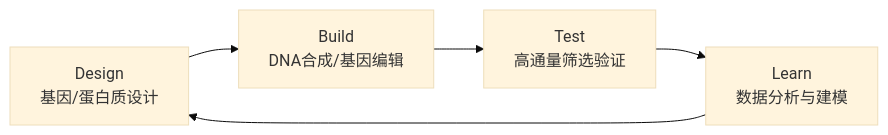
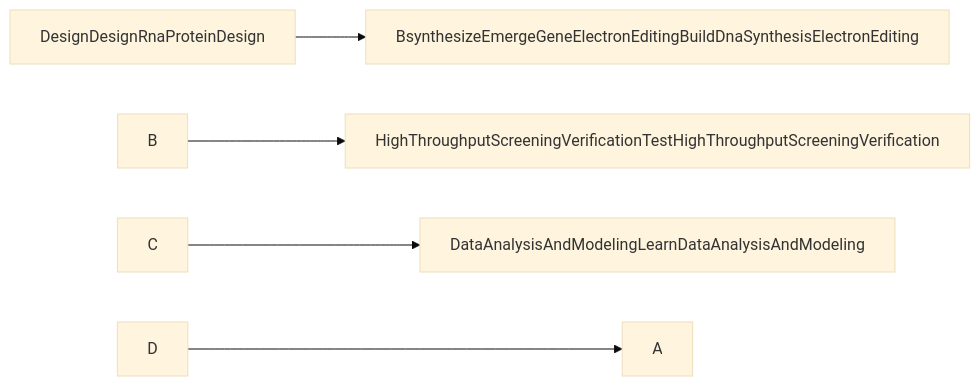
One commit to teaglebuilt/knowledge-tree changed the second of 4 diagrams in tree/application/architecture/synthetic-biology.md. Above: the diagram before and after it, drawn with Mermaid (base theme). The commit also changed other lines of this file and 6 other files, not shown here.

````diff
--- a/tree/application/architecture/synthetic-biology.md
+++ b/tree/application/architecture/synthetic-biology.md
@@ -168,7 +168,7 @@
 ```mermaid
 flowchart LR
-    A[Design<br/>基因/蛋白质设计] --> B[Build<br/>DNA合成/基因编辑]
-    B --> C[Test<br/>高通量筛选验证]
-    C --> D[Learn<br/>数据分析与建模]
+    DesignDesignRnaProteinDesign --> BsynthesizeEmergeGeneElectronEditingBuildDnaSynthesisElectronEditing
+    B --> HighThroughputScreeningVerificationTestHighThroughputScreeningVerification
+    C --> DataAnalysisAndModelingLearnDataAnalysisAndModeling
     D --> A
 ```
````
